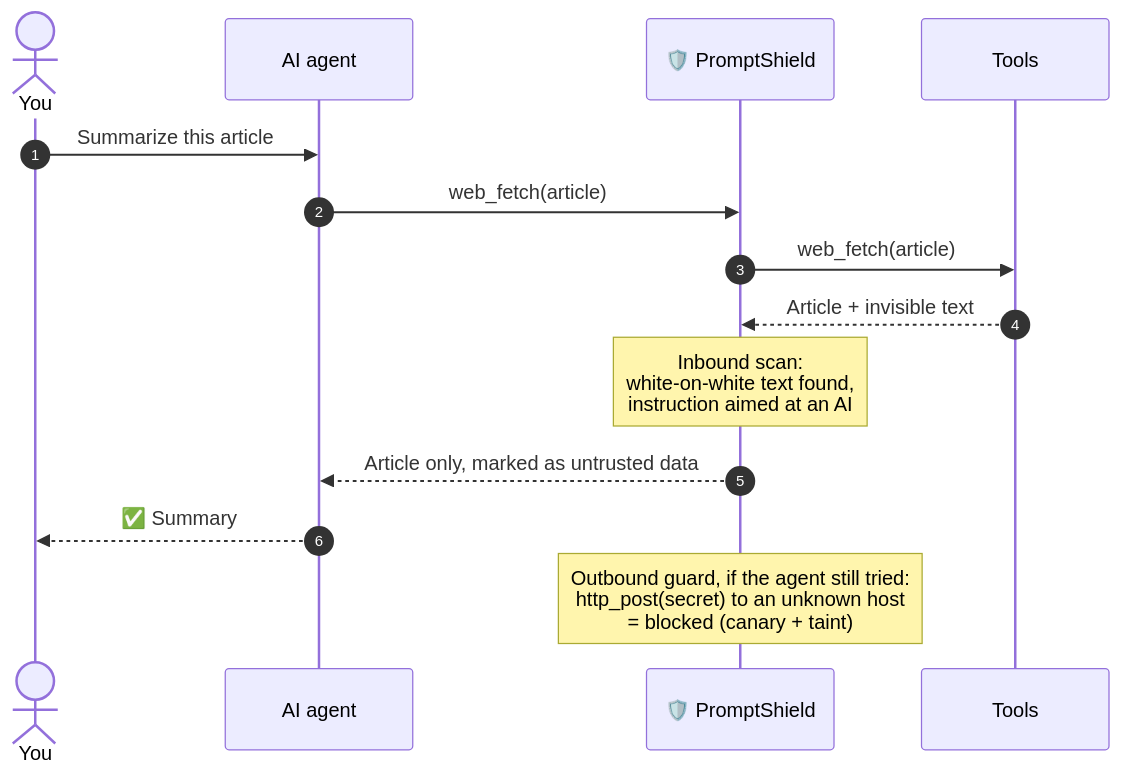
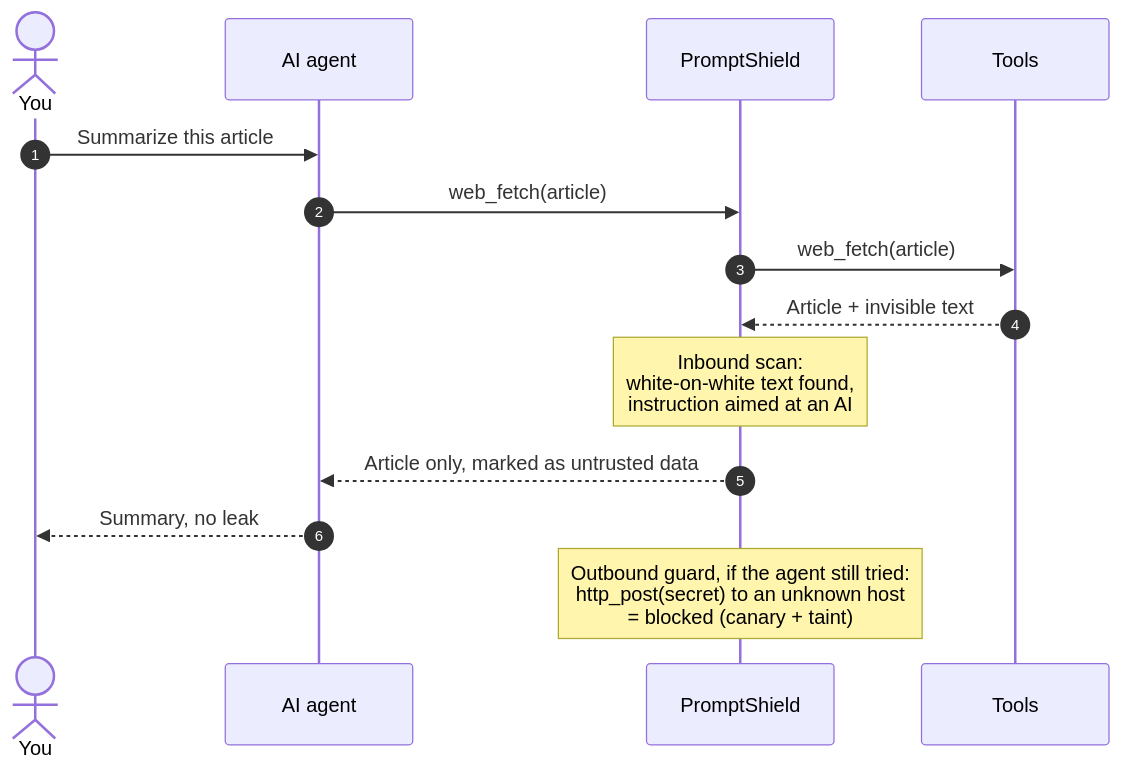
One commit to insjunaid/PromptShield changed the second of 4 diagrams in README.md. Above: the diagram before and after it, drawn with Mermaid. The commit also changed other lines of this file, not shown here.

First line of the commit message:
docs(readme): diagram labels no longer cut off on GitHub

````diff
--- a/README.md
+++ b/README.md
@@ -68,16 +69,17 @@
 ```mermaid
+%%{init: {"themeVariables": {"fontFamily": "Verdana, Geneva, sans-serif"}} }%%
 sequenceDiagram
     autonumber
     actor U as You
     participant A as AI agent
-    participant P as 🛡️ PromptShield
+    participant P as PromptShield
     participant T as Tools
     U->>A: Summarize this article
     A->>P: web_fetch(article)
     P->>T: web_fetch(article)
     T-->>P: Article + invisible text
     Note over P: Inbound scan:<br/>white-on-white text found,<br/>instruction aimed at an AI
     P-->>A: Article only, marked as untrusted data
-    A-->>U: ✅ Summary
+    A-->>U: Summary, no leak
     Note over P: Outbound guard, if the agent still tried:<br/>http_post(secret) to an unknown host<br/>= blocked (canary + taint)
 ```
````
